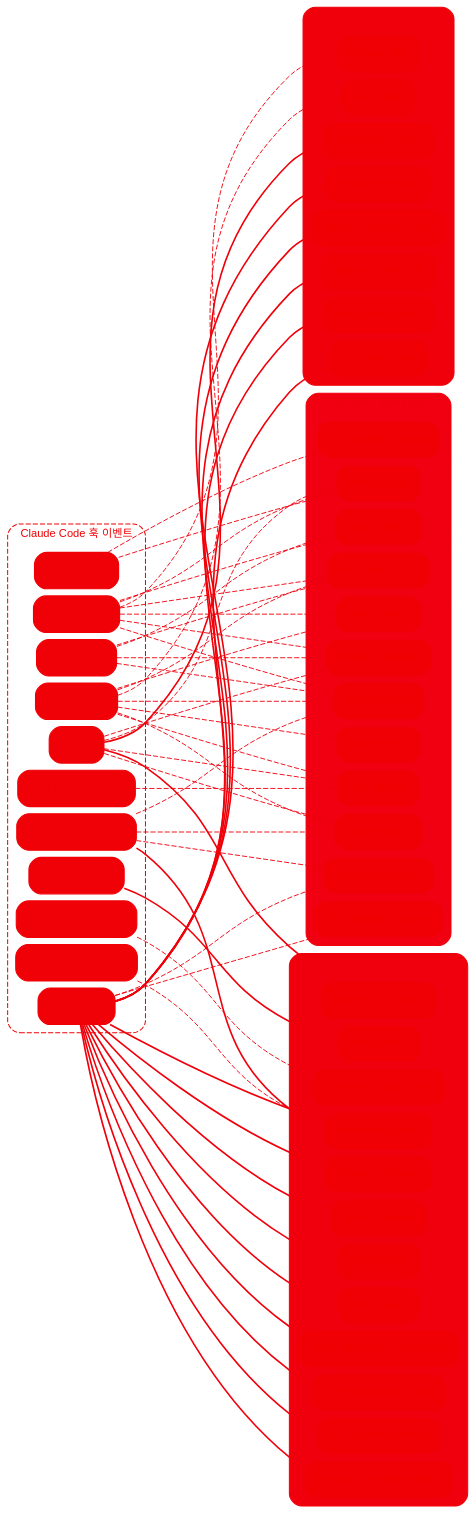
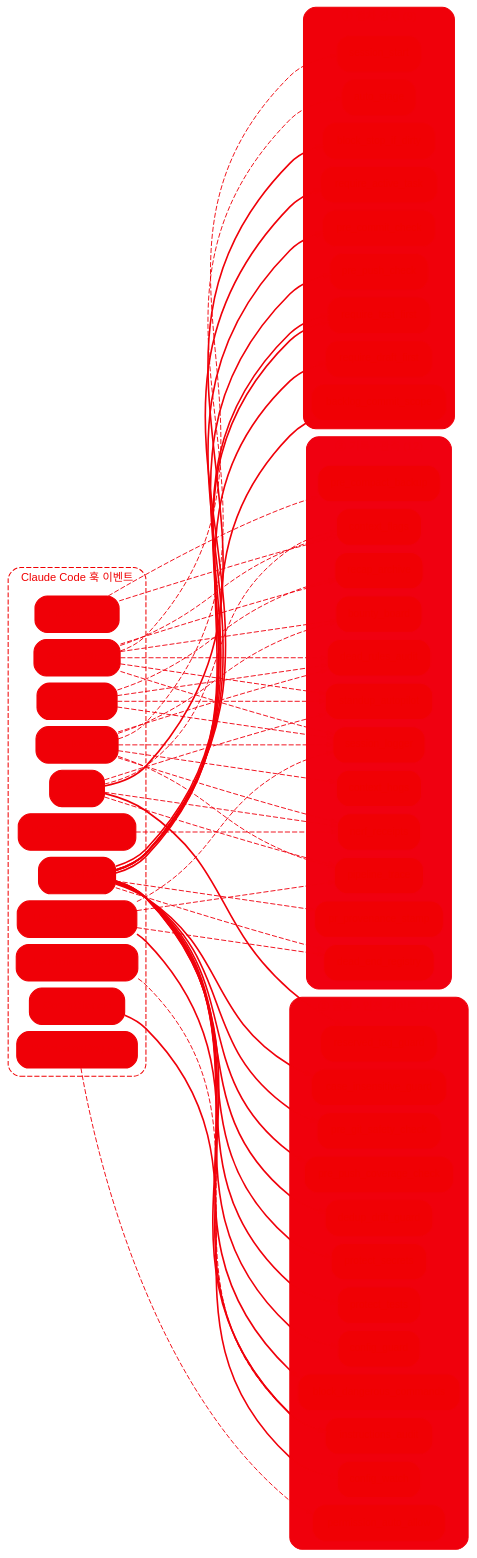
The diagram in design/diagrams/01-three-natures.dot (coralstay/claude-code-agile-hooks), drawn with Graphviz before and after one commit. The commit also changed 7 other files, not shown here.

```diff
--- a/design/diagrams/01-three-natures.dot
+++ b/design/diagrams/01-three-natures.dot
@@ -1,93 +1,96 @@
 // 3.01 시스템 구성 — Claude Code 훅 이벤트 × 훅의 세 가지 성격.
-// 왼쪽 열은 훅 생애주기 이벤트, 오른쪽 세 클러스터는 성격별 훅(32개, 각 훅은 한 성격에만 속한다).
+// 왼쪽 열은 훅 생애주기 이벤트, 오른쪽 세 클러스터는 성격별 훅(33개, 각 훅은 한 성격에만 속한다).
 // 간선 하나 = settings.hooks.json의 등록 하나(이벤트 · matcher). 굵은 실선은 막을 수 있는 등록,
 // 점선은 기록 · 주입 · 경고만 하는 등록이다. 색은 센티넬 hex(_common.gv) — build-diagrams.py가 치환한다.
 digraph three_natures {
   bgcolor="transparent"; rankdir=LR; nodesep=0.10; ranksep=2.2; newrank=true;
   node [shape=box, style="filled,rounded", fillcolor="#f00004", color="#f00003",
         fontcolor="#f00001", fontname="Helvetica", fontsize=10, margin="0.12,0.05", penwidth=1.1];
   edge [color="#f00003", arrowsize=0.55, penwidth=0.9];
 
   subgraph cluster_events {
     label="Claude Code 훅 이벤트"; fontname="Helvetica"; fontsize=11; fontcolor="#f00002";
     style="rounded,dashed"; color="#f00003";
     node [fillcolor="#f00007", color="#f00006", fontcolor="#f00008", fontsize=10.5];
     SessionStart; UserPromptSubmit; InstructionsLoaded; PreToolUse; PermissionRequest;
     PostToolUse; PostToolUseFailure; Stop; PreCompact; ConfigChange; SessionEnd;
     SessionStart -> UserPromptSubmit -> InstructionsLoaded -> PreToolUse -> PermissionRequest
       -> PostToolUse -> PostToolUseFailure -> Stop -> PreCompact -> ConfigChange -> SessionEnd
       [style=invis];
     { rank=same; SessionStart; UserPromptSubmit; InstructionsLoaded; PreToolUse; PermissionRequest;
       PostToolUse; PostToolUseFailure; Stop; PreCompact; ConfigChange; SessionEnd; }
   }
 
   subgraph cluster_proc {
-    label="① 절차 강제 (8)"; fontname="Helvetica"; fontsize=11; fontcolor="#f00009";
+    label="① 절차 강제 (9)"; fontname="Helvetica"; fontsize=11; fontcolor="#f00009";
     style="rounded,filled"; fillcolor="#f0000a"; color="#f00009";
     node [color="#f00009"];
     session_start; require_draft_first; backlog_commit_scope; require_active_task;
-    pre_commit_check; auto_stage; block_stop_if_dirty; pre_push_check;
+    pre_commit_check; auto_stage; block_stop_if_dirty; pre_push_check; require_test_first;
   }
 
   subgraph cluster_gate {
     label="② 품질 · 안전 게이트 (12)"; fontname="Helvetica"; fontsize=11; fontcolor="#f0000b";
     style="rounded,filled"; fillcolor="#f0000c"; color="#f0000b";
     node [color="#f0000b"];
     instructions_audit; protect_secrets; protect_tests; config_guard; block_dangerous_commands;
     case_insensitive_guard; pre_git_safety_check; pre_push_coverage_check; dedup_drift_guard;
     permission_auto_allow; reserved_tag_guard; config_watch;
   }
 
   subgraph cluster_obs {
     label="③ 기록 · 관측 (12)"; fontname="Helvetica"; fontsize=11; fontcolor="#f0000f";
     style="rounded,filled"; fillcolor="#f00010"; color="#f0000f";
     node [color="#f0000f"];
     session_logger; standup_autopilot; recap_archive; dead_end_registry; dead_rules_audit;
     nerf_receipts; context_hogs; pipeline_trace; bounty_board; context_flags;
     pre_compact_backup; pr_provenance_stamp;
   }
 
   // ① 절차 강제
   edge [color="#f00009"];
   SessionStart -> session_start [style=dashed];
   PreToolUse -> require_draft_first [penwidth=1.6];
   PreToolUse -> backlog_commit_scope [penwidth=1.6];
   PreToolUse -> require_active_task [penwidth=1.6];
   PreToolUse -> pre_commit_check [penwidth=1.6];
   PreToolUse -> pre_push_check [penwidth=1.6];
+  // require_test_first: 등록 2건(matcher Edit|Write · Bash)
+  PreToolUse -> require_test_first [penwidth=1.6];
+  PreToolUse -> require_test_first [penwidth=1.6];
   PostToolUse -> auto_stage [style=dashed];
   Stop -> block_stop_if_dirty [penwidth=1.6];
 
   // ② 품질 · 안전 게이트
   edge [color="#f0000b"];
   InstructionsLoaded -> instructions_audit [style=dashed];
   UserPromptSubmit -> instructions_audit [penwidth=1.6];
   PreToolUse -> instructions_audit [penwidth=1.6];
   PreToolUse -> protect_secrets [penwidth=1.6];
   PreToolUse -> protect_tests [penwidth=1.6];
   PreToolUse -> config_guard [penwidth=1.6];
   PreToolUse -> block_dangerous_commands [penwidth=1.6];
   PreToolUse -> case_insensitive_guard [penwidth=1.6];
   PreToolUse -> pre_git_safety_check [penwidth=1.6];
   PreToolUse -> pre_push_coverage_check [penwidth=1.6];
   PreToolUse -> dedup_drift_guard [penwidth=1.6];
   PermissionRequest -> permission_auto_allow [style=dashed];
   Stop -> reserved_tag_guard [penwidth=1.6];
   ConfigChange -> config_watch [penwidth=1.6];
 
   // ③ 기록 · 관측
   edge [color="#f0000f", style=dashed];
   SessionStart -> session_logger; UserPromptSubmit -> session_logger;
   PostToolUse -> session_logger; SessionEnd -> session_logger;
   SessionStart -> standup_autopilot; Stop -> standup_autopilot; SessionEnd -> standup_autopilot;
   SessionStart -> recap_archive; SessionEnd -> recap_archive;
   UserPromptSubmit -> dead_end_registry; PreToolUse -> dead_end_registry;
   SessionStart -> dead_rules_audit; PostToolUse -> dead_rules_audit; SessionEnd -> dead_rules_audit;
   PostToolUse -> nerf_receipts; PostToolUseFailure -> nerf_receipts; Stop -> nerf_receipts;
   PostToolUse -> context_hogs;
   UserPromptSubmit -> pipeline_trace; PostToolUse -> pipeline_trace; Stop -> pipeline_trace;
   SessionStart -> bounty_board; PostToolUse -> bounty_board;
   SessionStart -> context_flags; PreCompact -> context_flags; Stop -> context_flags;
   PreCompact -> pre_compact_backup;
   PreToolUse -> pr_provenance_stamp;
 }
```
